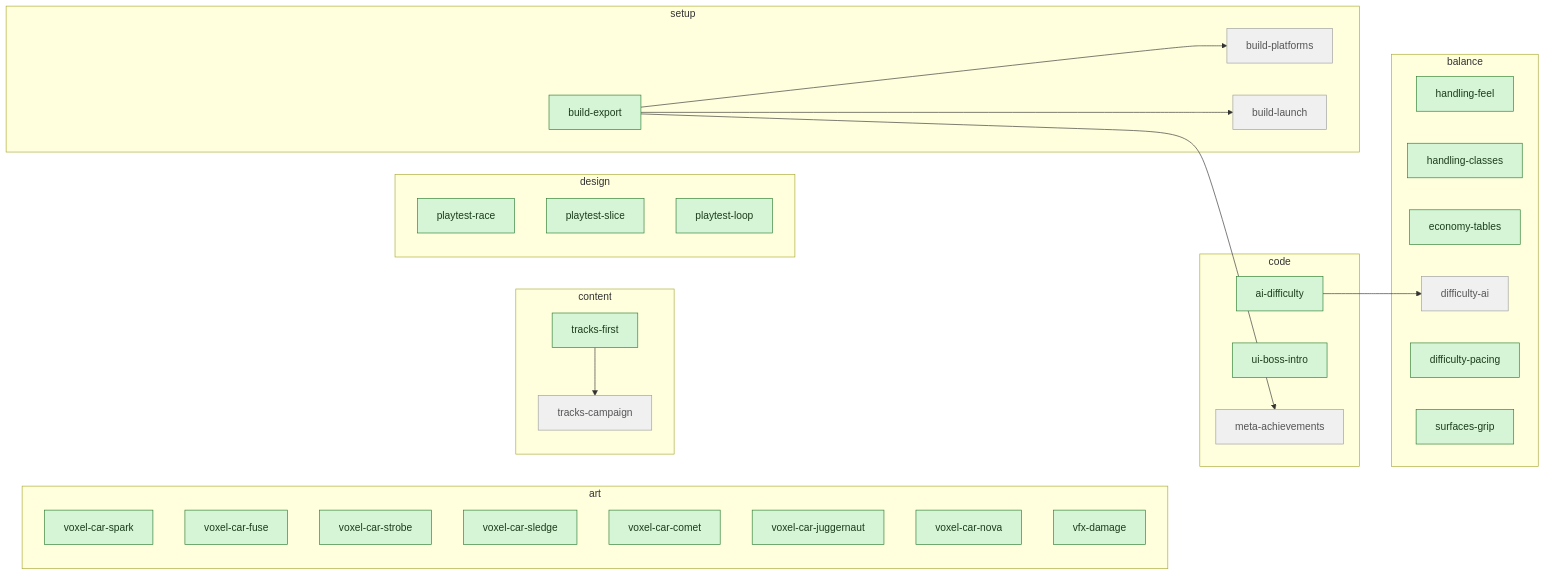
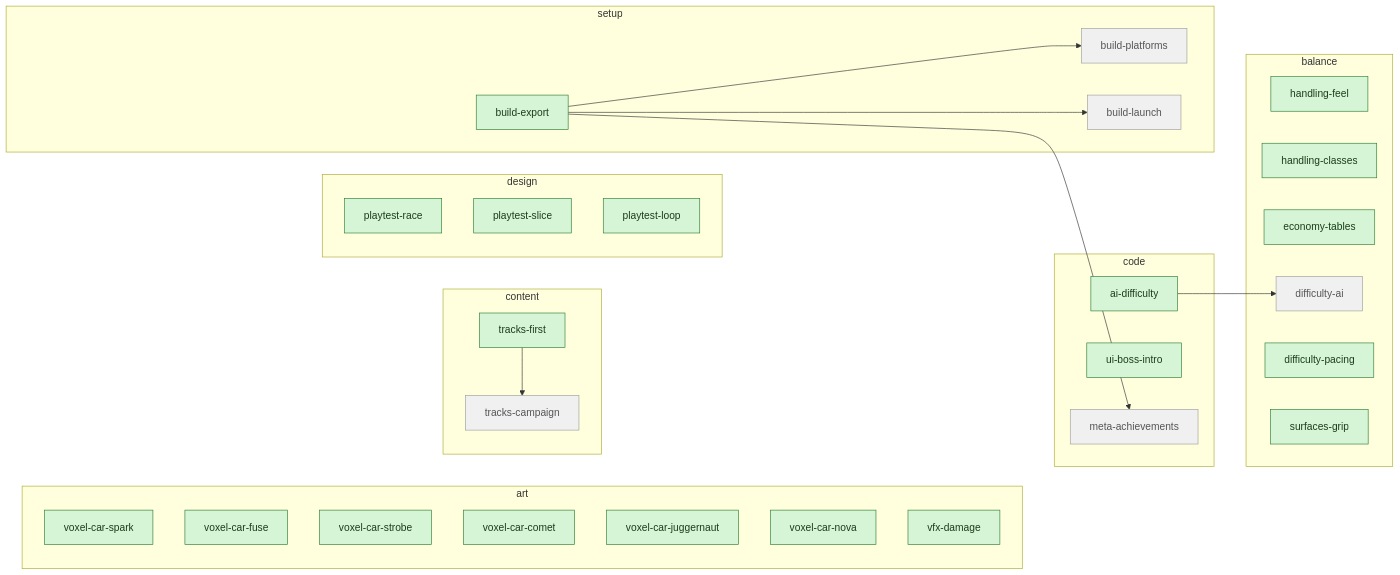
Before and after one commit to artemiiShabanov/RallyRivals: the third of 3 diagrams in STATUS.md, drawn with Mermaid. The commit also changed other lines of this file and 6 other files, not shown here.

````diff
--- a/STATUS.md
+++ b/STATUS.md
@@ -96,49 +95,48 @@
 ```mermaid
 flowchart LR
   subgraph code
     code_ai_difficulty["ai-difficulty"]
     code_ui_boss_intro["ui-boss-intro"]
     code_meta_achievements["meta-achievements"]
   end
   subgraph art
     art_voxel_car_spark["voxel-car-spark"]
     art_voxel_car_fuse["voxel-car-fuse"]
     art_voxel_car_strobe["voxel-car-strobe"]
-    art_voxel_car_sledge["voxel-car-sledge"]
     art_voxel_car_comet["voxel-car-comet"]
     art_voxel_car_juggernaut["voxel-car-juggernaut"]
     art_voxel_car_nova["voxel-car-nova"]
     art_vfx_damage["vfx-damage"]
   end
   subgraph content
     content_tracks_first["tracks-first"]
     content_tracks_campaign["tracks-campaign"]
   end
   subgraph balance
     balance_handling_feel["handling-feel"]
     balance_handling_classes["handling-classes"]
     balance_economy_tables["economy-tables"]
     balance_difficulty_ai["difficulty-ai"]
     balance_difficulty_pacing["difficulty-pacing"]
     balance_surfaces_grip["surfaces-grip"]
   end
   subgraph design
     design_playtest_race["playtest-race"]
     design_playtest_slice["playtest-slice"]
     design_playtest_loop["playtest-loop"]
   end
   subgraph setup
     setup_build_export["build-export"]
     setup_build_platforms["build-platforms"]
     setup_build_launch["build-launch"]
   end
   setup_build_export --> code_meta_achievements
   content_tracks_first --> content_tracks_campaign
   code_ai_difficulty --> balance_difficulty_ai
   setup_build_export --> setup_build_platforms
   setup_build_export --> setup_build_launch
   classDef avail fill:#d6f5d6,stroke:#2e7d32,color:#1b3d1b;
   classDef blocked fill:#f0f0f0,stroke:#9e9e9e,color:#555;
-  class code_ai_difficulty,code_ui_boss_intro,content_tracks_first,art_voxel_car_spark,art_voxel_car_fuse,art_voxel_car_strobe,art_voxel_car_sledge,art_voxel_car_comet,art_voxel_car_juggernaut,art_voxel_car_nova,art_vfx_damage,balance_handling_feel,balance_handling_classes,balance_economy_tables,balance_difficulty_pacing,balance_surfaces_grip,design_playtest_race,design_playtest_slice,design_playtest_loop,setup_build_export avail;
+  class code_ai_difficulty,code_ui_boss_intro,content_tracks_first,art_voxel_car_spark,art_voxel_car_fuse,art_voxel_car_strobe,art_voxel_car_comet,art_voxel_car_juggernaut,art_voxel_car_nova,art_vfx_damage,balance_handling_feel,balance_handling_classes,balance_economy_tables,balance_difficulty_pacing,balance_surfaces_grip,design_playtest_race,design_playtest_slice,design_playtest_loop,setup_build_export avail;
   class code_meta_achievements,content_tracks_campaign,balance_difficulty_ai,setup_build_platforms,setup_build_launch blocked;
 ```
````
